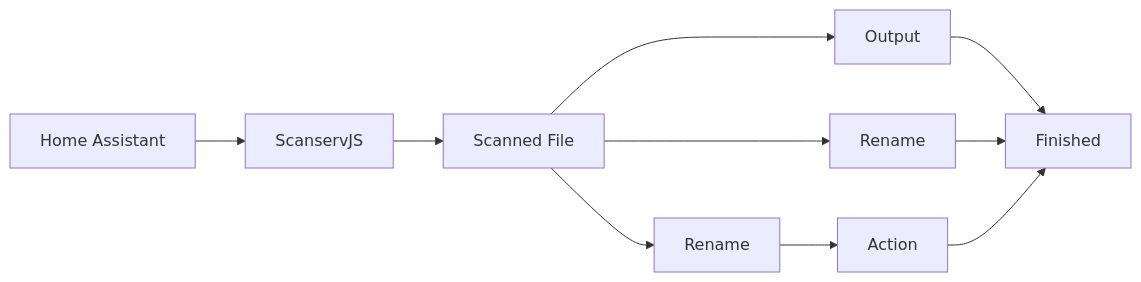
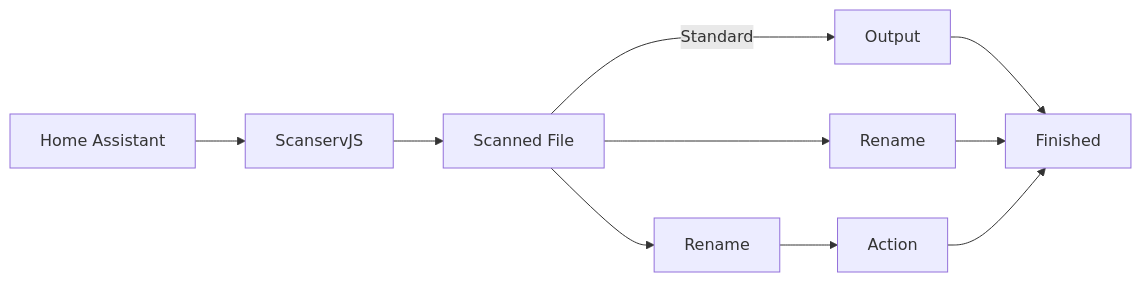
The diagram in README.md (marioir2001/scanservjs_ha), drawn with Mermaid before and after one commit.

````diff
--- a/README.md
+++ b/README.md
@@ -118,8 +118,8 @@
 ```mermaid
 flowchart LR
     A[Home Assistant] --> B[ScanservJS]
     B --> C[Scanned File]
-    C --> D[Output] --> H
+    C --> |Standard|D[Output] --> H
     C --> E[Rename] --> H
     C --> F[Rename] --> G[Action] --> H[Finished]
 ```
````
